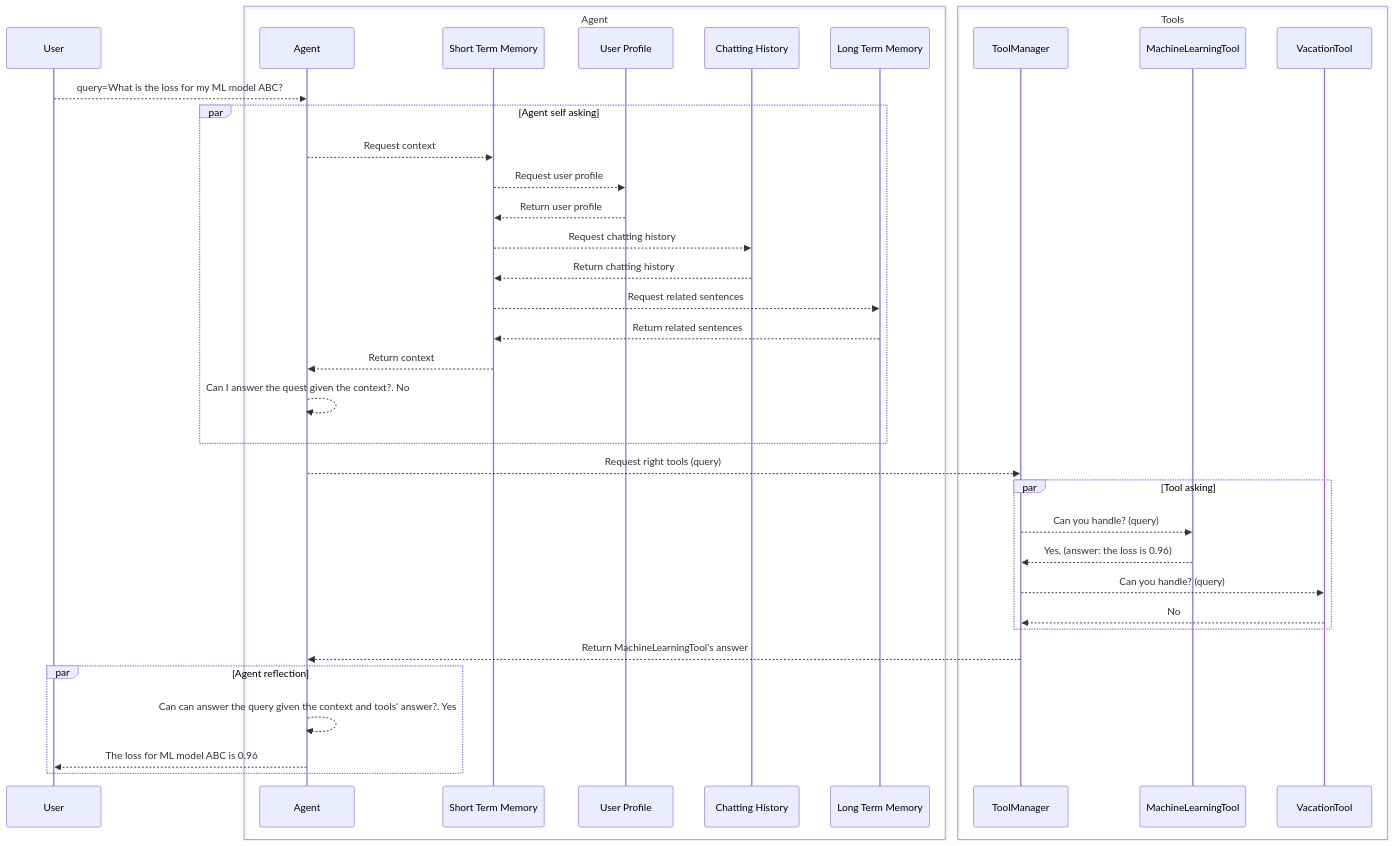
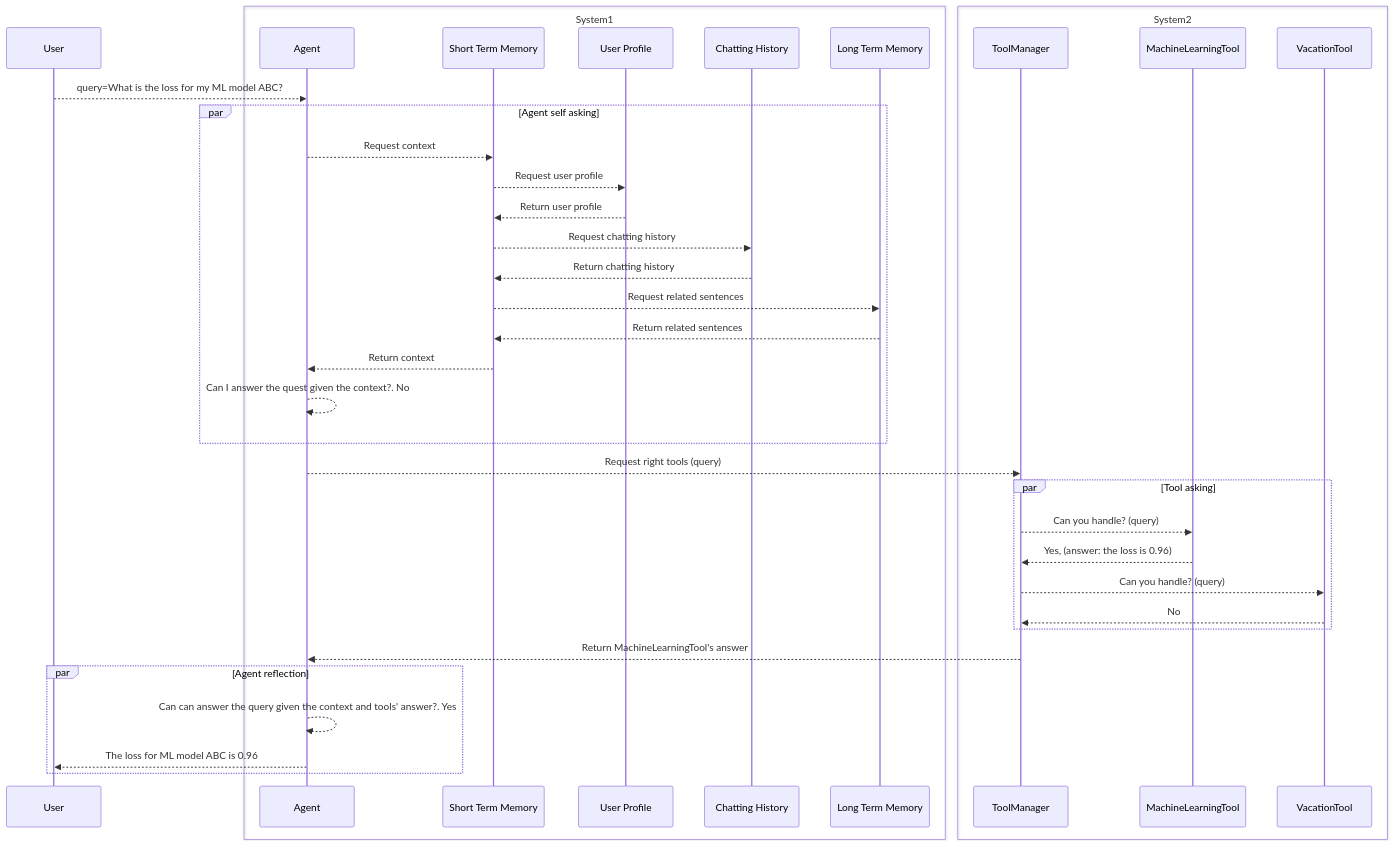
Before and after one commit to haoyuan80s/langchan-play: the diagram in README.md, drawn with Mermaid. The commit also changed other lines of this file, not shown here.

````diff
--- a/README.md
+++ b/README.md
@@ -3,40 +3,40 @@
 ```mermaid
 sequenceDiagram
     participant U as User
-    box Agent
+    box System1
         participant A as Agent
         participant S as Short Term Memory
         participant P as User Profile
         participant H as Chatting History
         participant L as Long Term Memory
     end
-    box Tools
+    box System2
         participant M as ToolManager
         participant ML as MachineLearningTool
         participant VA as VacationTool
     end
     U-->>A: query=What is the loss for my ML model ABC?
     par Agent self asking
         A-->>S: Request context
         S-->>P: Request user profile
         P-->>S: Return user profile
         S-->>H: Request chatting history
         H-->>S: Return chatting history
         S-->>L: Request related sentences
         L-->>S: Return related sentences
         S-->>A: Return context
         A-->>A: Can I answer the quest given the context?. No
     end
     A-->>M: Request right tools (query)
     par Tool asking
         M-->>ML: Can you handle? (query)
         ML-->>M: Yes, (answer: the loss is 0.96)
         M-->>VA: Can you handle? (query)
         VA-->>M: No
     end
     M-->>A: Return MachineLearningTool's answer
     par Agent reflection
         A-->>A: Can can answer the query given the context and tools' answer?. Yes
         A-->>U: The loss for ML model ABC is 0.96
     end
 ```
````
